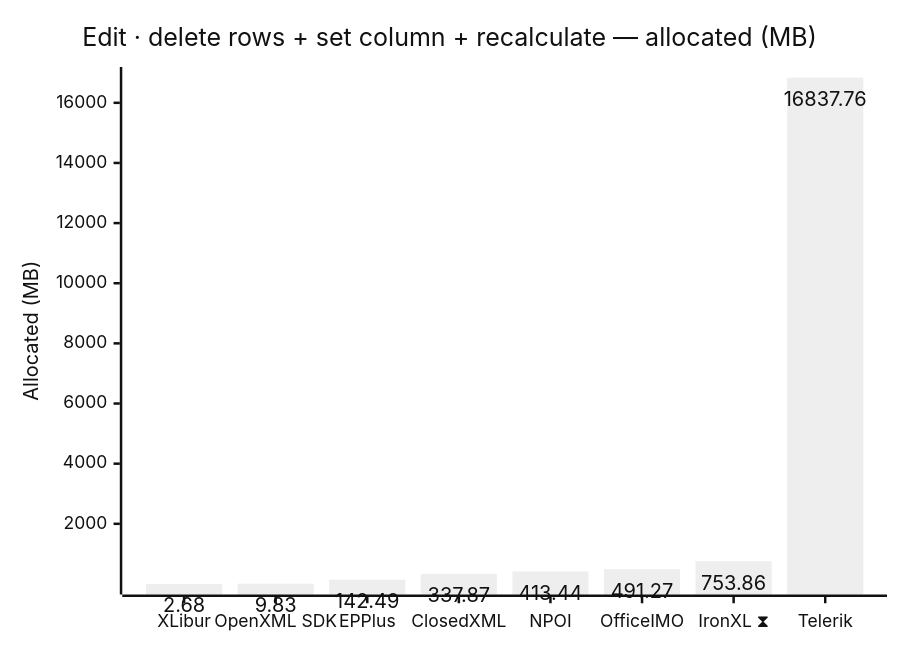
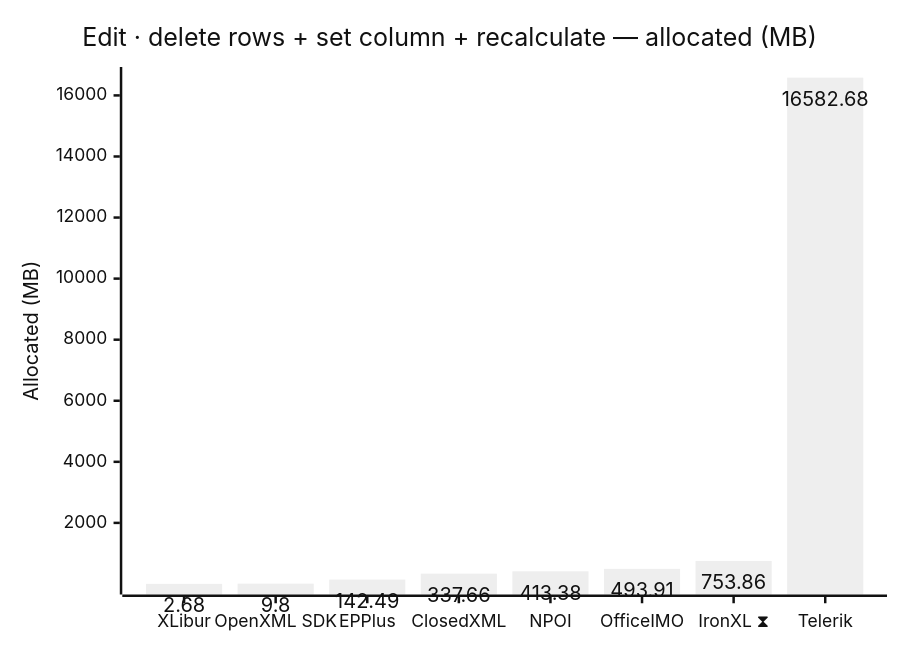
Before and after one commit to jafin/XLBench: the tenth of 12 diagrams in docs/results.md, drawn with Mermaid (neutral theme). The commit also changed other lines of this file and 7 other files, not shown here.

````diff
--- a/docs/results.md
+++ b/docs/results.md
@@ -159,12 +159,12 @@
 ```mermaid
 ---
 config:
   xyChart:
     showDataLabel: true
 ---
 xychart-beta
     title "Edit · delete rows + set column + recalculate — allocated (MB)"
     x-axis ["XLibur", "OpenXML SDK", "EPPlus", "ClosedXML", "NPOI", "OfficeIMO", "IronXL ⧗", "Telerik"]
     y-axis "Allocated (MB)"
-    bar [2.68, 9.83, 142.49, 337.87, 413.44, 491.27, 753.86, 16837.76]
+    bar [2.68, 9.8, 142.49, 337.66, 413.38, 493.91, 753.86, 16582.68]
 ```
````
